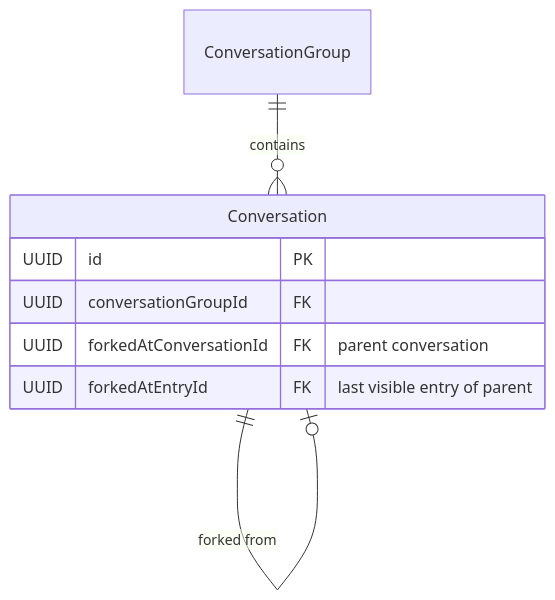
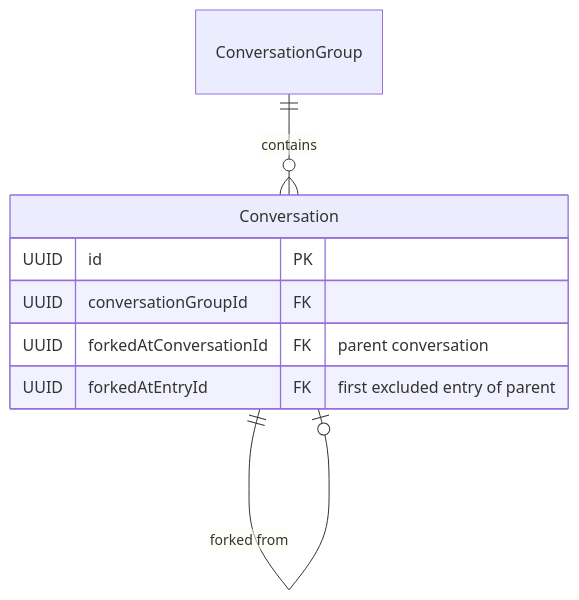
The sixth of 15 diagrams in docs/entry-data-model.md (chirino/memory-service), drawn with Mermaid before and after one commit. The commit also changed other lines of this file and 19 other files, not shown here.

````diff
--- a/docs/entry-data-model.md
+++ b/docs/entry-data-model.md
@@ -222,12 +222,12 @@
 ```mermaid
 erDiagram
     ConversationGroup ||--o{ Conversation : contains
     Conversation ||--o| Conversation : "forked from"
 
     Conversation {
         UUID id PK
         UUID conversationGroupId FK
         UUID forkedAtConversationId FK "parent conversation"
-        UUID forkedAtEntryId FK "last visible entry of parent"
+        UUID forkedAtEntryId FK "first excluded entry of parent"
     }
 ```
````
